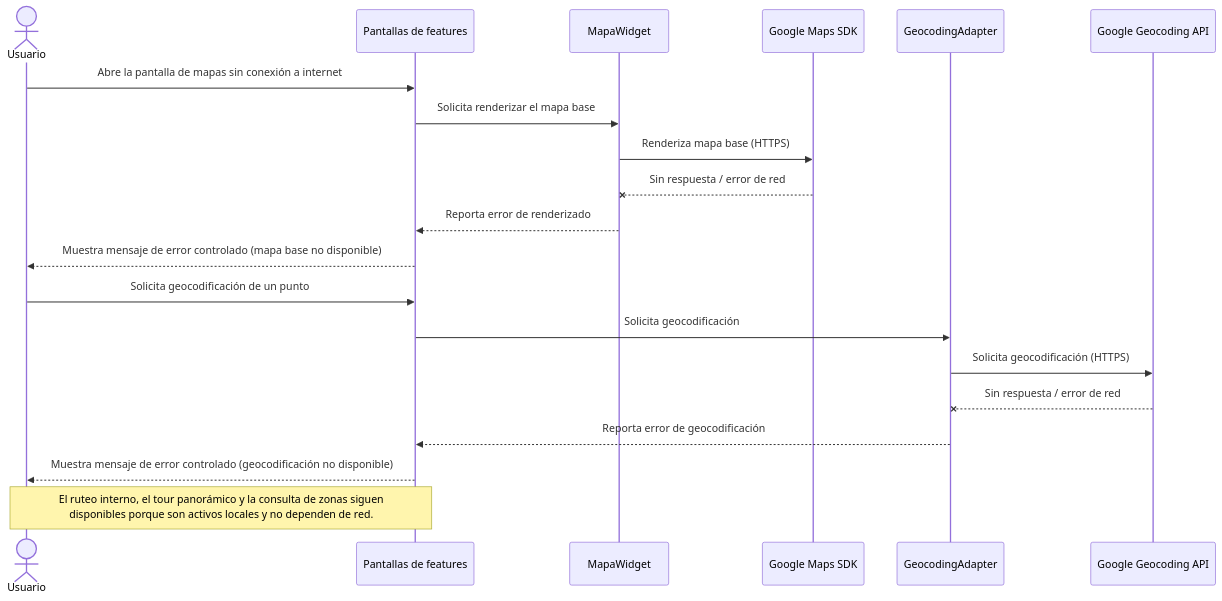
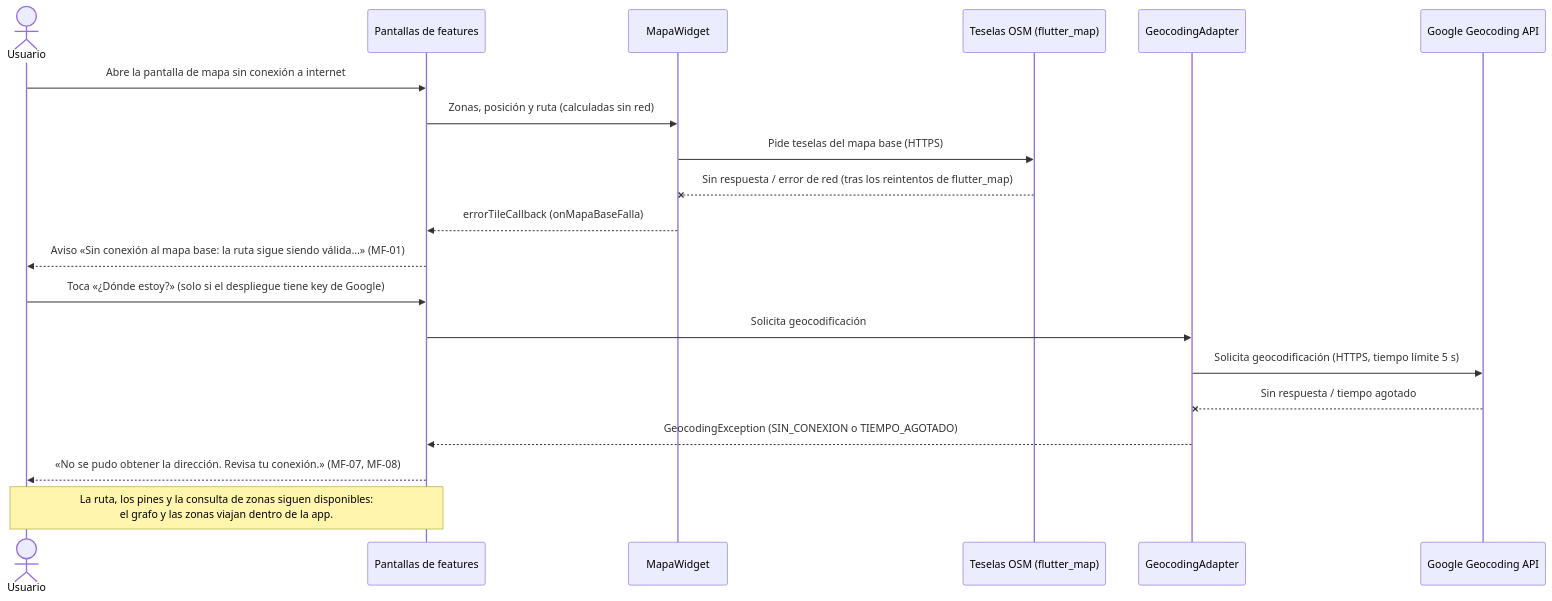
Before and after one commit to ISCOUTB/AS_202620_mapsutb: the third of 4 diagrams in docs/arc42/06_runtime_view.md, drawn with Mermaid. The commit also changed other lines of this file and 26 other files, not shown here.

First line of the commit message:
docs: arc42 y C4 al día con el código (OSM, GPS real, tour diferido) y enlaces rotos

````diff
--- a/docs/arc42/06_runtime_view.md
+++ b/docs/arc42/06_runtime_view.md
@@ -104,25 +107,25 @@
 ```mermaid
 sequenceDiagram
     actor Usuario
     participant UI as Pantallas de features
     participant Widget as MapaWidget
-    participant MapsSDK as Google Maps SDK
+    participant OSM as Teselas OSM (flutter_map)
     participant GeoAdap as GeocodingAdapter
     participant Geocoding as Google Geocoding API
 
-    Usuario->>UI: Abre la pantalla de mapas sin conexión a internet
-    UI->>Widget: Solicita renderizar el mapa base
-    Widget->>MapsSDK: Renderiza mapa base (HTTPS)
-    MapsSDK--xWidget: Sin respuesta / error de red
-    Widget-->>UI: Reporta error de renderizado
-    UI-->>Usuario: Muestra mensaje de error controlado (mapa base no disponible)
+    Usuario->>UI: Abre la pantalla de mapa sin conexión a internet
+    UI->>Widget: Zonas, posición y ruta (calculadas sin red)
+    Widget->>OSM: Pide teselas del mapa base (HTTPS)
+    OSM--xWidget: Sin respuesta / error de red (tras los reintentos de flutter_map)
+    Widget-->>UI: errorTileCallback (onMapaBaseFalla)
+    UI-->>Usuario: Aviso «Sin conexión al mapa base: la ruta sigue siendo válida…» (MF-01)
 
-    Usuario->>UI: Solicita geocodificación de un punto
+    Usuario->>UI: Toca «¿Dónde estoy?» (solo si el despliegue tiene key de Google)
     UI->>GeoAdap: Solicita geocodificación
-    GeoAdap->>Geocoding: Solicita geocodificación (HTTPS)
-    Geocoding--xGeoAdap: Sin respuesta / error de red
-    GeoAdap-->>UI: Reporta error de geocodificación
-    UI-->>Usuario: Muestra mensaje de error controlado (geocodificación no disponible)
+    GeoAdap->>Geocoding: Solicita geocodificación (HTTPS, tiempo límite 5 s)
+    Geocoding--xGeoAdap: Sin respuesta / tiempo agotado
+    GeoAdap-->>UI: GeocodingException (SIN_CONEXION o TIEMPO_AGOTADO)
+    UI-->>Usuario: «No se pudo obtener la dirección. Revisa tu conexión.» (MF-07, MF-08)
 
-    Note over UI,Usuario: El ruteo interno, el tour panorámico y la consulta de zonas siguen<br/>disponibles porque son activos locales y no dependen de red.
+    Note over UI,Usuario: La ruta, los pines y la consulta de zonas siguen disponibles:<br/>el grafo y las zonas viajan dentro de la app.
 ```
````
